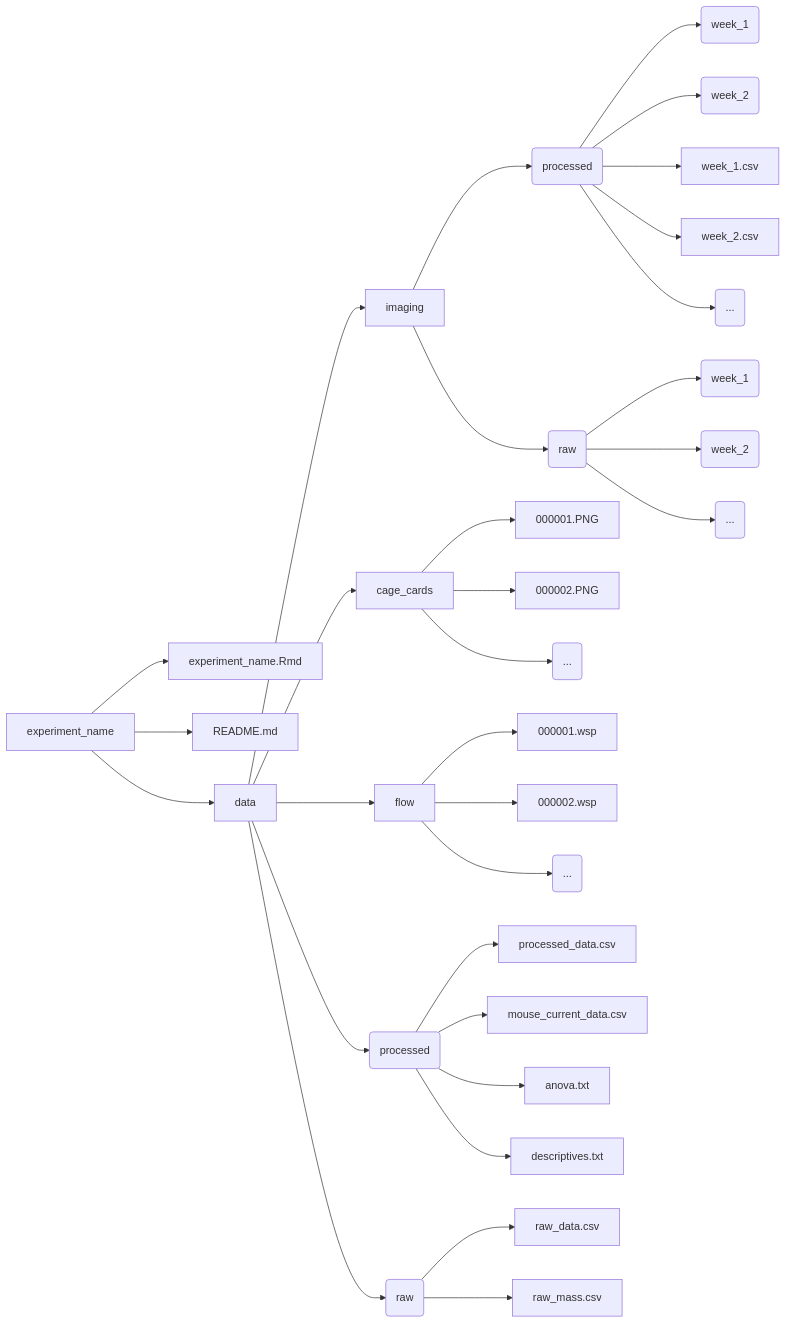
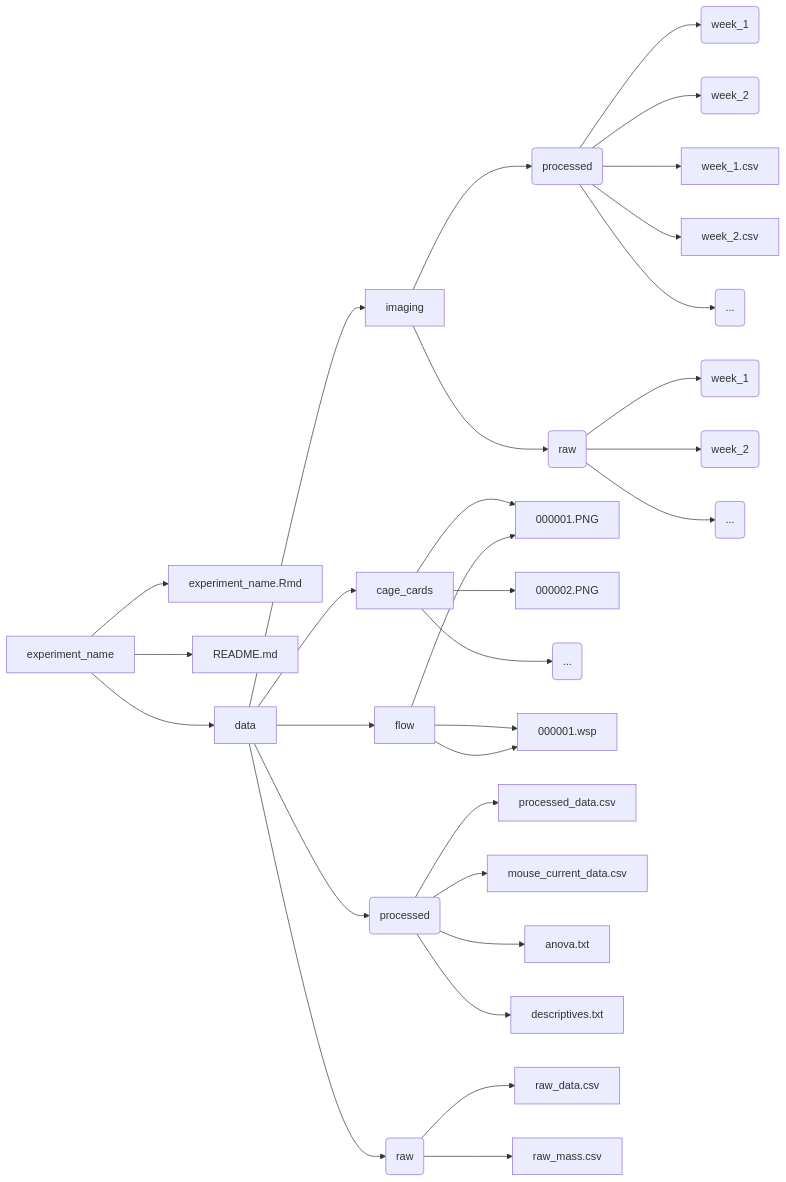
Before and after one commit to mmccoy-01/bioluminescent_imaging_experimental_template: the diagram in README.md, drawn with Mermaid.

````diff
--- a/README.md
+++ b/README.md
@@ -50,45 +50,45 @@
 ```mermaid
 graph LR
 experiment_name --> experiment_name.Rmd
 experiment_name --> README.md
 experiment_name --> data
 
 data --> imaging
 
 imaging --> G(processed)
 
 G(processed) --> A(week_1)
 G(processed) --> B(week_2)
 G(processed) --> week_1.csv
 G(processed) --> week_2.csv
 G(processed) --> I(...)
 
 imaging --> E(raw)
 
 E(raw) --> C(week_1)
 E(raw) --> D(week_2)
 E(raw) --> J(...)
 
 data --> cage_cards
 
 cage_cards --> 000001.PNG
 cage_cards --> 000002.PNG
 cage_cards --> K(...)
 
 data --> flow
 
 flow --> 000001.wsp
-flow --> 000002.wsp
-flow --> L(...)
+flow --> 000001.wsp
+flow --> 000001.PNG
 
 data --> H(processed)
 
 H(processed) --> processed_data.csv
 H(processed) --> mouse_current_data.csv
 H(processed) --> anova.txt
 H(processed) --> descriptives.txt
 data --> F(raw)
 
 F(raw) --> raw_data.csv
 F(raw) --> raw_mass.csv
 ```
````
